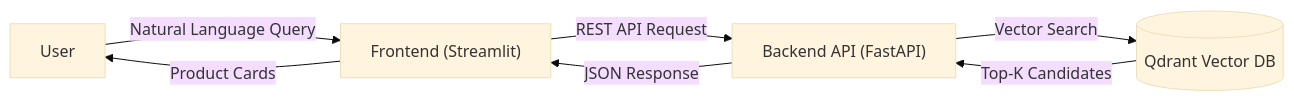
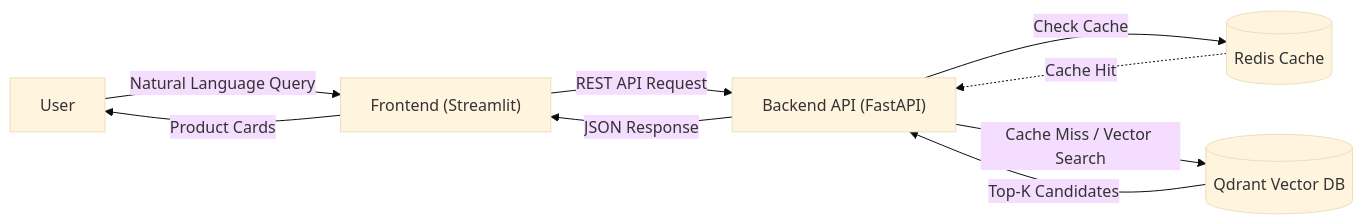
One commit to enesgulerml/hm-fashion-recommender changed the diagram in README.md. Above: the diagram before and after it, drawn with Mermaid (base theme). The commit also changed other lines of this file, not shown here.

Commit message:
docs: update README with Redis architecture, tech stack, and Docker test instructions

````diff
--- a/README.md
+++ b/README.md
@@ -24,9 +25,13 @@
 ```mermaid
 graph LR
     U[User] -->|Natural Language Query| F["Frontend (Streamlit)"]
     F -->|REST API Request| B["Backend API (FastAPI)"]
-    B -->|Vector Search| Q[("Qdrant Vector DB")]
+    
+    B -->|Check Cache| R[("Redis Cache")]
+    R -.->|Cache Hit| B
+    B -->|Cache Miss / Vector Search| Q[("Qdrant Vector DB")]
     Q -->|Top-K Candidates| B
+    
     B -->|JSON Response| F
     F -->|Product Cards| U
 ```
````
